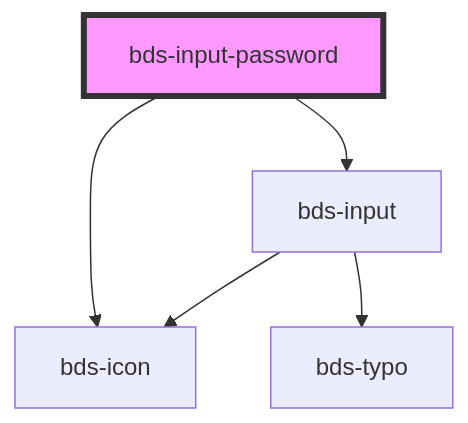
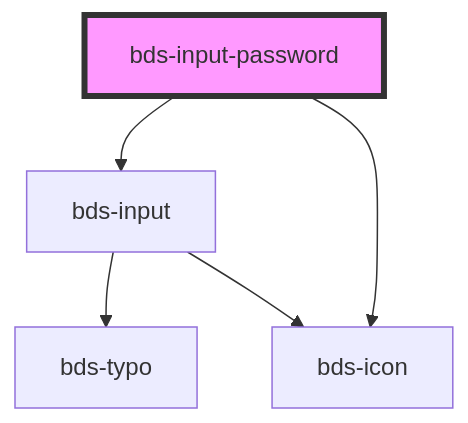
Before and after one commit to takenet/blip-ds: the diagram in src/components/input-password/readme.md, drawn with Mermaid. The commit also changed other lines of this file and 13 other files, not shown here.

````diff
--- a/src/components/input-password/readme.md
+++ b/src/components/input-password/readme.md
@@ -33,8 +33,8 @@
 ```mermaid
 graph TD;
   bds-input-password --> bds-input
   bds-input-password --> bds-icon
+  bds-input --> bds-typo
   bds-input --> bds-icon
-  bds-input --> bds-typo
   style bds-input-password fill:#f9f,stroke:#333,stroke-width:4px
 ```
````
